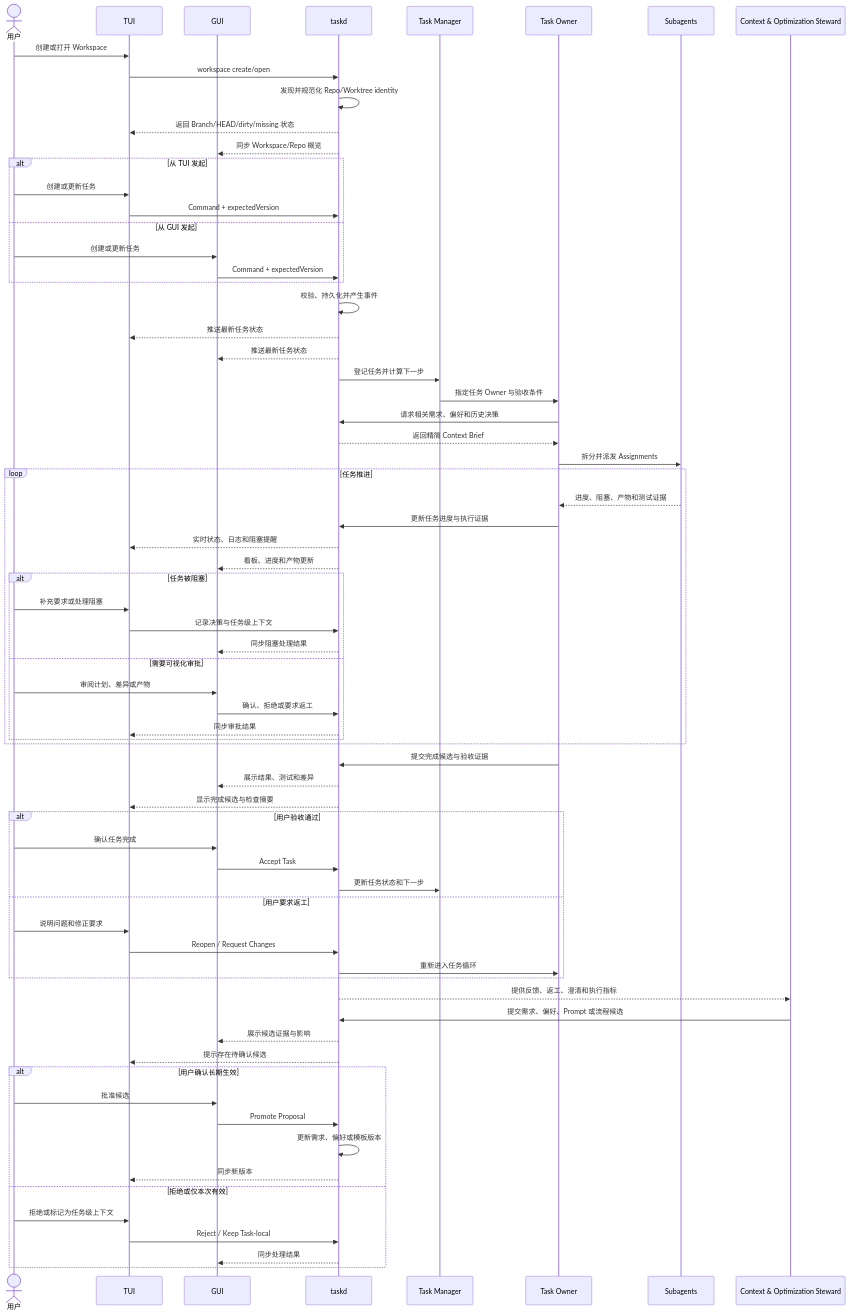
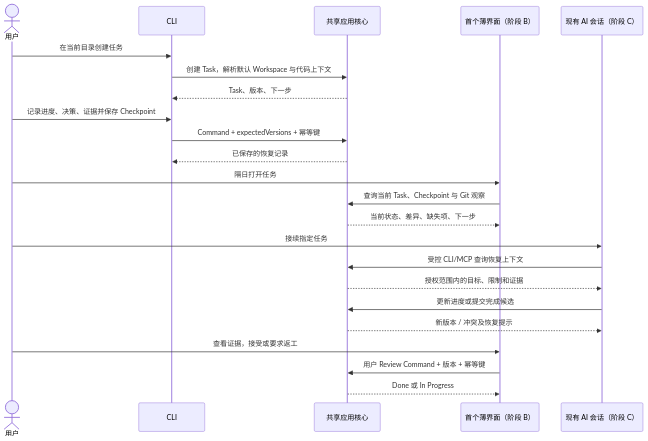
The diagram in docs/v1/16-tui-gui-interaction-flow.md (cecil-su/agent-steward), drawn with Mermaid before and after one commit. The commit also changed other lines of this file and 23 other files, not shown here.

````diff
--- a/docs/v1/16-tui-gui-interaction-flow.md
+++ b/docs/v1/16-tui-gui-interaction-flow.md
@@ -5,83 +5,25 @@
 ```mermaid
 sequenceDiagram
-    actor User as 用户
-    participant TUI as TUI
-    participant GUI as GUI
-    participant Core as taskd
-    participant Manager as Task Manager
-    participant Owner as Task Owner
-    participant Agents as Subagents
-    participant Steward as Context & Optimization Steward
-
-    User->>TUI: 创建或打开 Workspace
-    TUI->>Core: workspace create/open
-    Core->>Core: 发现并规范化 Repo/Worktree identity
-    Core-->>TUI: 返回 Branch/HEAD/dirty/missing 状态
-    Core-->>GUI: 同步 Workspace/Repo 概览
-
-    alt 从 TUI 发起
-        User->>TUI: 创建或更新任务
-        TUI->>Core: Command + expectedVersion
-    else 从 GUI 发起
-        User->>GUI: 创建或更新任务
-        GUI->>Core: Command + expectedVersion
-    end
-
-    Core->>Core: 校验、持久化并产生事件
-    Core-->>TUI: 推送最新任务状态
-    Core-->>GUI: 推送最新任务状态
-
-    Core->>Manager: 登记任务并计算下一步
-    Manager->>Owner: 指定任务 Owner 与验收条件
-    Owner->>Core: 请求相关需求、偏好和历史决策
-    Core-->>Owner: 返回精简 Context Brief
-
-    Owner->>Agents: 拆分并派发 Assignments
-
-    loop 任务推进
-        Agents-->>Owner: 进度、阻塞、产物和测试证据
-        Owner->>Core: 更新任务进度与执行证据
-        Core-->>TUI: 实时状态、日志和阻塞提醒
-        Core-->>GUI: 看板、进度和产物更新
-
-        alt 任务被阻塞
-            User->>TUI: 补充要求或处理阻塞
-            TUI->>Core: 记录决策与任务级上下文
-            Core-->>GUI: 同步阻塞处理结果
-        else 需要可视化审批
-            User->>GUI: 审阅计划、差异或产物
-            GUI->>Core: 确认、拒绝或要求返工
-            Core-->>TUI: 同步审批结果
-        end
-    end
-
-    Owner->>Core: 提交完成候选与验收证据
-    Core-->>GUI: 展示结果、测试和差异
-    Core-->>TUI: 显示完成候选与检查摘要
-
-    alt 用户验收通过
-        User->>GUI: 确认任务完成
-        GUI->>Core: Accept Task
-        Core->>Manager: 更新任务状态和下一步
-    else 用户要求返工
-        User->>TUI: 说明问题和修正要求
-        TUI->>Core: Reopen / Request Changes
-        Core->>Owner: 重新进入任务循环
-    end
-
-    Core-->>Steward: 提供反馈、返工、澄清和执行指标
-    Steward->>Core: 提交需求、偏好、Prompt 或流程候选
-    Core-->>GUI: 展示候选证据与影响
-    Core-->>TUI: 提示存在待确认候选
-
-    alt 用户确认长期生效
-        User->>GUI: 批准候选
-        GUI->>Core: Promote Proposal
-        Core->>Core: 更新需求、偏好或模板版本
-        Core-->>TUI: 同步新版本
-    else 拒绝或仅本次有效
-        User->>TUI: 拒绝或标记为任务级上下文
-        TUI->>Core: Reject / Keep Task-local
-        Core-->>GUI: 同步处理结果
-    end
+  actor User as 用户
+  participant CLI as CLI
+  participant Core as 共享应用核心
+  participant UI as 首个薄界面（阶段 B）
+  participant AI as 现有 AI 会话（阶段 C）
+  User->>CLI: 在当前目录创建任务
+  CLI->>Core: 创建 Task，解析默认 Workspace 与代码上下文
+  Core-->>CLI: Task、版本、下一步
+  User->>CLI: 记录进度、决策、证据并保存 Checkpoint
+  CLI->>Core: Command + expectedVersions + 幂等键
+  Core-->>CLI: 已保存的恢复记录
+  User->>UI: 隔日打开任务
+  UI->>Core: 查询当前 Task、Checkpoint 与 Git 观察
+  Core-->>UI: 当前状态、差异、缺失项、下一步
+  User->>AI: 接续指定任务
+  AI->>Core: 受控 CLI/MCP 查询恢复上下文
+  Core-->>AI: 授权范围内的目标、限制和证据
+  AI->>Core: 更新进度或提交完成候选
+  Core-->>AI: 新版本 / 冲突及恢复提示
+  User->>UI: 查看证据，接受或要求返工
+  UI->>Core: 用户 Review Command + 版本 + 幂等键
+  Core-->>UI: Done 或 In Progress
 ```
````
